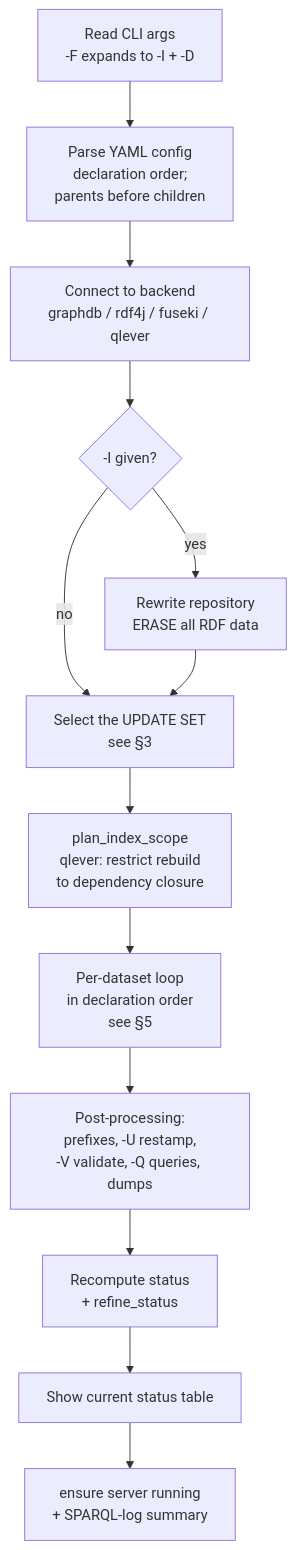
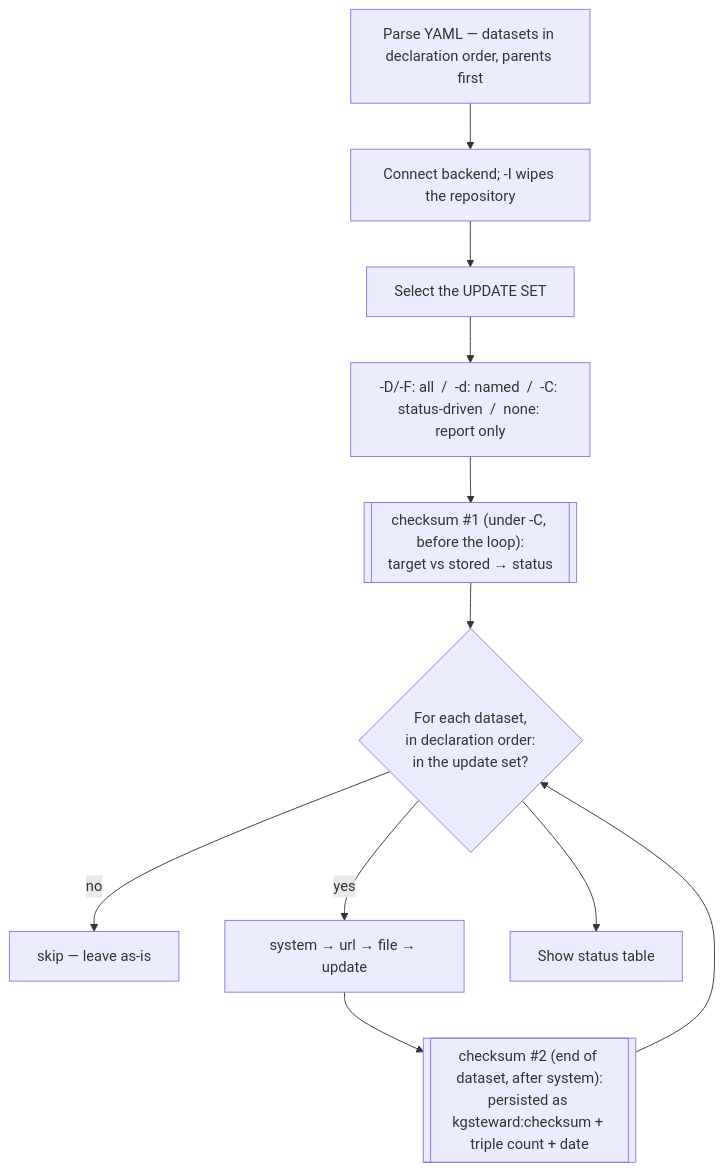
Before and after one commit to sib-swiss/kgsteward: the first of 2 diagrams in doc/execution_model.md, drawn with Mermaid. The commit also changed other lines of this file, not shown here.

First line of the commit message:
doc: compact execution-model page (4 diagrams -> 2, tighten prose)

````diff
--- a/doc/execution_model.md
+++ b/doc/execution_model.md
@@ -38,15 +16,13 @@
 ```mermaid
 flowchart TD
-    A[Read CLI args<br/>-F expands to -I + -D] --> B[Parse YAML config<br/>declaration order;<br/>parents before children]
-    B --> C[Connect to backend<br/>graphdb / rdf4j / fuseki / qlever]
-    C --> D{-I given?}
-    D -- yes --> E[Rewrite repository<br/>ERASE all RDF data]
-    D -- no --> F
-    E --> F[Select the UPDATE SET<br/>see §3]
-    F --> G[plan_index_scope<br/>qlever: restrict rebuild<br/>to dependency closure]
-    G --> H[Per-dataset loop<br/>in declaration order<br/>see §5]
-    H --> I[Post-processing:<br/>prefixes, -U restamp,<br/>-V validate, -Q queries, dumps]
-    I --> J[Recompute status<br/>+ refine_status]
-    J --> K[Show current status table]
-    K --> L[ensure server running<br/>+ SPARQL-log summary]
+    A[Parse YAML — datasets in declaration order, parents first] --> B[Connect backend; -I wipes the repository]
+    B --> C[Select the UPDATE SET]
+    C --> C1["-D/-F: all  /  -d: named  /  -C: status-driven  /  none: report only"]
+    C1 --> K1[["checksum #1 (under -C, before the loop):<br/>target vs stored → status"]]
+    K1 --> L{For each dataset,<br/>in declaration order:<br/>in the update set?}
+    L -- no --> S[skip — leave as-is]
+    L -- yes --> P[system → url → file → update]
+    P --> K2[["checksum #2 (end of dataset, after system):<br/>persisted as kgsteward:checksum + triple count + date"]]
+    K2 --> L
+    L --> Z[Show status table]
 ```
````
